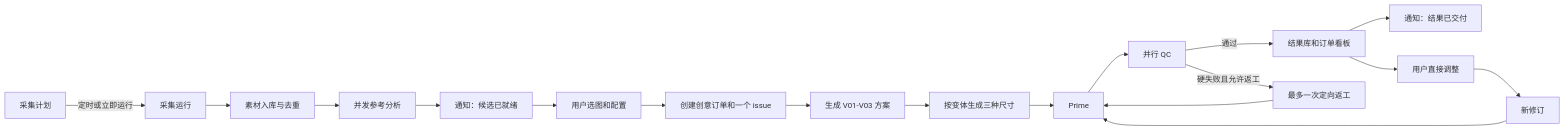
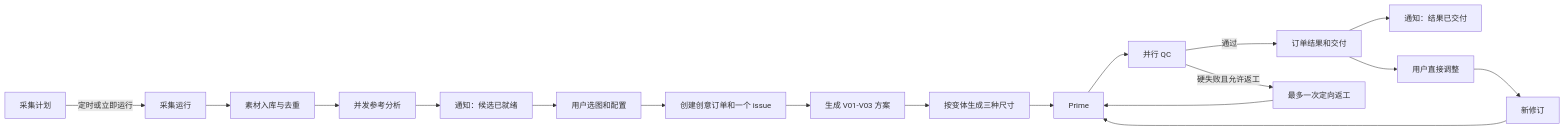
The first of 3 diagrams in docs/creative-platform-operating-model.md (quboqin/multica), drawn with Mermaid before and after one commit. The commit also changed other lines of this file and 190 other files, not shown here.

````diff
--- a/docs/creative-platform-operating-model.md
+++ b/docs/creative-platform-operating-model.md
@@ -91,20 +91,20 @@
 ```mermaid
 flowchart LR
     A[采集计划] -->|定时或立即运行| B[采集运行]
     B --> C[素材入库与去重]
     C --> D[并发参考分析]
     D --> E[通知：候选已就绪]
     E --> F[用户选图和配置]
     F --> G[创建创意订单和一个 issue]
     G --> H[生成 V01-V03 方案]
     H --> I[按变体生成三种尺寸]
     I --> J[Prime]
     J --> K[并行 QC]
-    K -->|通过| L[结果库和订单看板]
+    K -->|通过| L[订单结果和交付]
     K -->|硬失败且允许返工| M[最多一次定向返工]
     M --> J
     L --> N[通知：结果已交付]
     L --> O[用户直接调整]
     O --> P[新修订]
     P --> J
 ```
````
